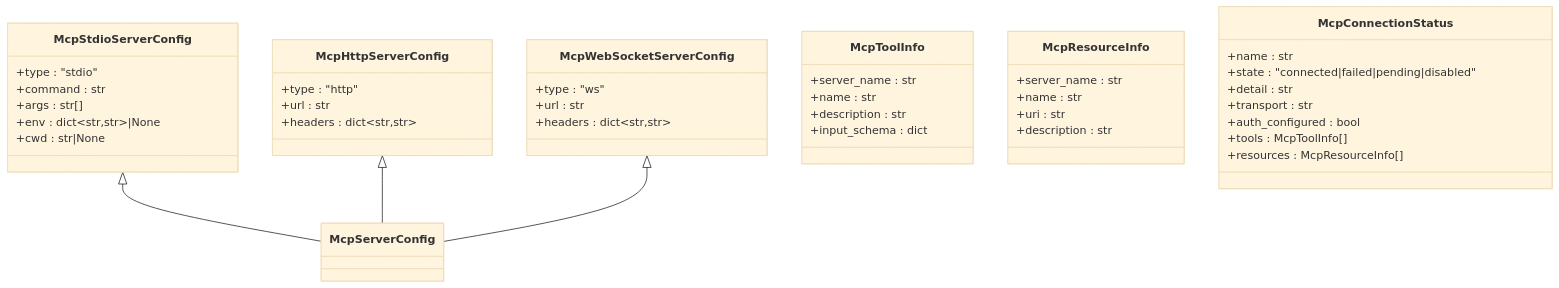
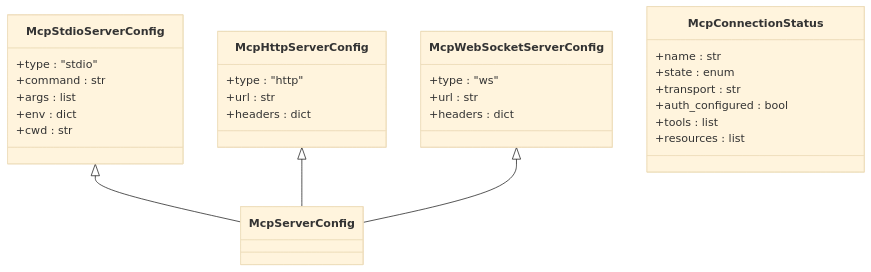
Before and after one commit to haolange/OpenHarness: the fourth of 8 diagrams in .qoder/repowiki/zh/content/MCP 协议支持/MCP 协议支持.md, drawn with Mermaid (base theme). The commit also changed other lines of this file and 222 other files, not shown here.

````diff
--- a/.qoder/repowiki/zh/content/MCP 协议支持/MCP 协议支持.md
+++ b/.qoder/repowiki/zh/content/MCP 协议支持/MCP 协议支持.md
@@ -222,44 +216,31 @@
 ```mermaid
 classDiagram
 class McpStdioServerConfig {
 +type : "stdio"
 +command : str
-+args : str[]
-+env : dict~str,str~|None
-+cwd : str|None
++args : list
++env : dict
++cwd : str
 }
 class McpHttpServerConfig {
 +type : "http"
 +url : str
-+headers : dict~str,str~
++headers : dict
 }
 class McpWebSocketServerConfig {
 +type : "ws"
 +url : str
-+headers : dict~str,str~
-}
-class McpToolInfo {
-+server_name : str
-+name : str
-+description : str
-+input_schema : dict
-}
-class McpResourceInfo {
-+server_name : str
-+name : str
-+uri : str
-+description : str
++headers : dict
 }
 class McpConnectionStatus {
 +name : str
-+state : "connected|failed|pending|disabled"
-+detail : str
++state : enum
 +transport : str
 +auth_configured : bool
-+tools : McpToolInfo[]
-+resources : McpResourceInfo[]
++tools : list
++resources : list
 }
 McpStdioServerConfig <|-- McpServerConfig
 McpHttpServerConfig <|-- McpServerConfig
 McpWebSocketServerConfig <|-- McpServerConfig
 ```
````
